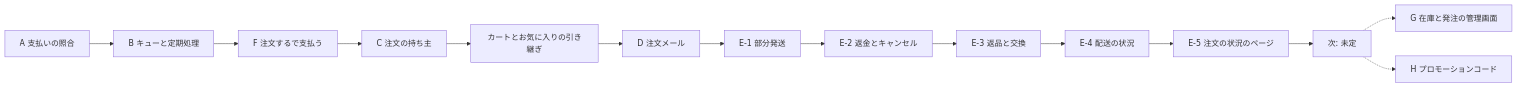
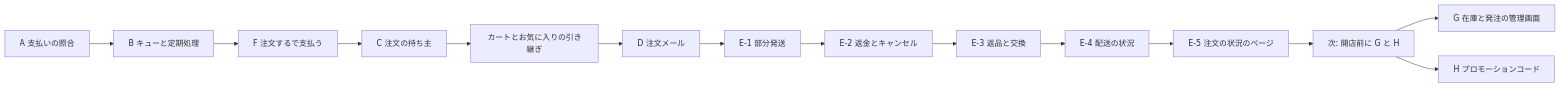
The diagram in docs/05_Quality/reviews/code/2026-09-25-working-diff-security-review.md (ChocoWork/o_official), drawn with Mermaid before and after one commit. The commit also changed other lines of this file and 2 other files, not shown here.

````diff
--- a/docs/05_Quality/reviews/code/2026-09-25-working-diff-security-review.md
+++ b/docs/05_Quality/reviews/code/2026-09-25-working-diff-security-review.md
@@ -31,16 +33,16 @@
 ```mermaid
 flowchart LR
     A[A 支払いの照合] --> B[B キューと定期処理]
     B --> F[F 注文するで支払う]
     F --> C[C 注文の持ち主]
     C --> K[カートとお気に入りの引き継ぎ]
     K --> D[D 注文メール]
     D --> E1[E-1 部分発送]
     E1 --> E2[E-2 返金とキャンセル]
     E2 --> E3[E-3 返品と交換]
     E3 --> E4[E-4 配送の状況]
     E4 --> E5[E-5 注文の状況のページ]
-    E5 --> N[次: 未定]
-    N -.-> G[G 在庫と発注の管理画面]
-    N -.-> H[H プロモーションコード]
+    E5 --> N[次: 開店前に G と H]
+    N --> G[G 在庫と発注の管理画面]
+    N --> H[H プロモーションコード]
 ```
````
